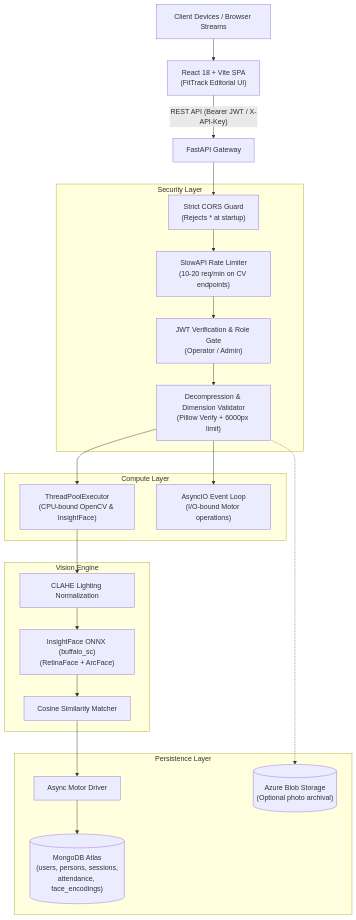
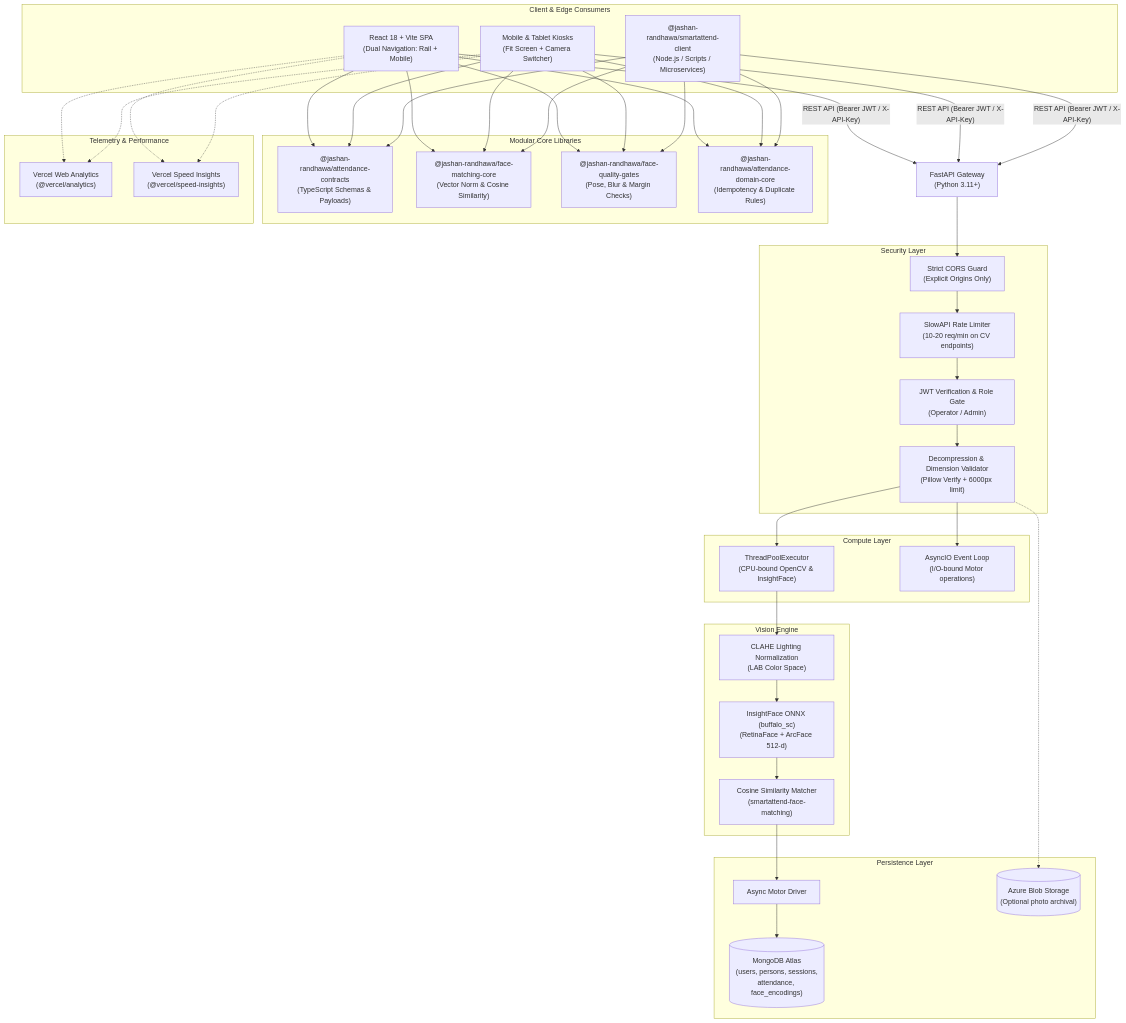
One commit to Jashan-randhawa/AI-Attendance-System changed the diagram in wiki/System-Architecture.md. Above: the diagram before and after it, drawn with Mermaid. The commit also changed other lines of this file and 10 other files, not shown here.

Commit message:
docs(wiki): sync wiki docs with modular packages, monorepo, and mobile web adaptation

````diff
--- a/wiki/System-Architecture.md
+++ b/wiki/System-Architecture.md
@@ -9,39 +9,64 @@
 ```mermaid
 flowchart TD
-    Client["Client Devices / Browser Streams"] --> SPA["React 18 + Vite SPA\n(FitTrack Editorial UI)"]
-    SPA -- "REST API (Bearer JWT / X-API-Key)" --> Gateway["FastAPI Gateway"]
+    subgraph Client & Edge Consumers
+        Web["React 18 + Vite SPA\n(Dual Navigation: Rail + Mobile)"]
+        Mobile["Mobile & Tablet Kiosks\n(Fit Screen + Camera Switcher)"]
+        SDK["@jashan-randhawa/smartattend-client\n(Node.js / Scripts / Microservices)"]
+    end
+
+    subgraph Modular Core Libraries
+        Contracts["@jashan-randhawa/attendance-contracts\n(TypeScript Schemas & Payloads)"]
+        MatchingCore["@jashan-randhawa/face-matching-core\n(Vector Norm & Cosine Similarity)"]
+        QualityCore["@jashan-randhawa/face-quality-gates\n(Pose, Blur & Margin Checks)"]
+        DomainCore["@jashan-randhawa/attendance-domain-core\n(Idempotency & Duplicate Rules)"]
+    end
+
+    Web & Mobile & SDK --> Contracts
+    Web & Mobile & SDK --> QualityCore
+    Web & Mobile & SDK --> MatchingCore
+    Web & Mobile & SDK --> DomainCore
+
+    Web & Mobile & SDK -- "REST API (Bearer JWT / X-API-Key)" --> Gateway["FastAPI Gateway\n(Python 3.11+)"]
 
     subgraph Security Layer
-        CORS["Strict CORS Guard\n(Rejects * at startup)"]
+        CORS["Strict CORS Guard\n(Explicit Origins Only)"]
         SlowAPI["SlowAPI Rate Limiter\n(10-20 req/min on CV endpoints)"]
         RBAC["JWT Verification & Role Gate\n(Operator / Admin)"]
         Validation["Decompression & Dimension Validator\n(Pillow Verify + 6000px limit)"]
     end
 
     Gateway --> CORS --> SlowAPI --> RBAC --> Validation
 
     subgraph Compute Layer
         ThreadPool["ThreadPoolExecutor\n(CPU-bound OpenCV & InsightFace)"]
         EventLoop["AsyncIO Event Loop\n(I/O-bound Motor operations)"]
     end
 
     Validation --> ThreadPool
     Validation --> EventLoop
 
     subgraph Vision Engine
-        CLAHE["CLAHE Lighting Normalization"]
-        InsightFace["InsightFace ONNX (buffalo_sc)\n(RetinaFace + ArcFace)"]
-        CosineSim["Cosine Similarity Matcher"]
+        CLAHE["CLAHE Lighting Normalization\n(LAB Color Space)"]
+        InsightFace["InsightFace ONNX (buffalo_sc)\n(RetinaFace + ArcFace 512-d)"]
+        Sim["Cosine Similarity Matcher\n(smartattend-face-matching)"]
     end
 
-    ThreadPool --> CLAHE --> InsightFace --> CosineSim
+    ThreadPool --> CLAHE --> InsightFace --> Sim
 
     subgraph Persistence Layer
         Motor["Async Motor Driver"]
         MongoDB[("MongoDB Atlas\n(users, persons, sessions,\nattendance, face_encodings)")]
         AzureBlob[("Azure Blob Storage\n(Optional photo archival)")]
     end
 
-    CosineSim --> Motor --> MongoDB
+    Sim --> Motor --> MongoDB
     Validation -.-> AzureBlob
+
+    subgraph Telemetry & Performance
+        VercelAnalytics["Vercel Web Analytics\n(@vercel/analytics)"]
+        VercelSpeed["Vercel Speed Insights\n(@vercel/speed-insights)"]
+    end
+
+    Web & Mobile -.-> VercelAnalytics
+    Web & Mobile -.-> VercelSpeed
 ```
````
